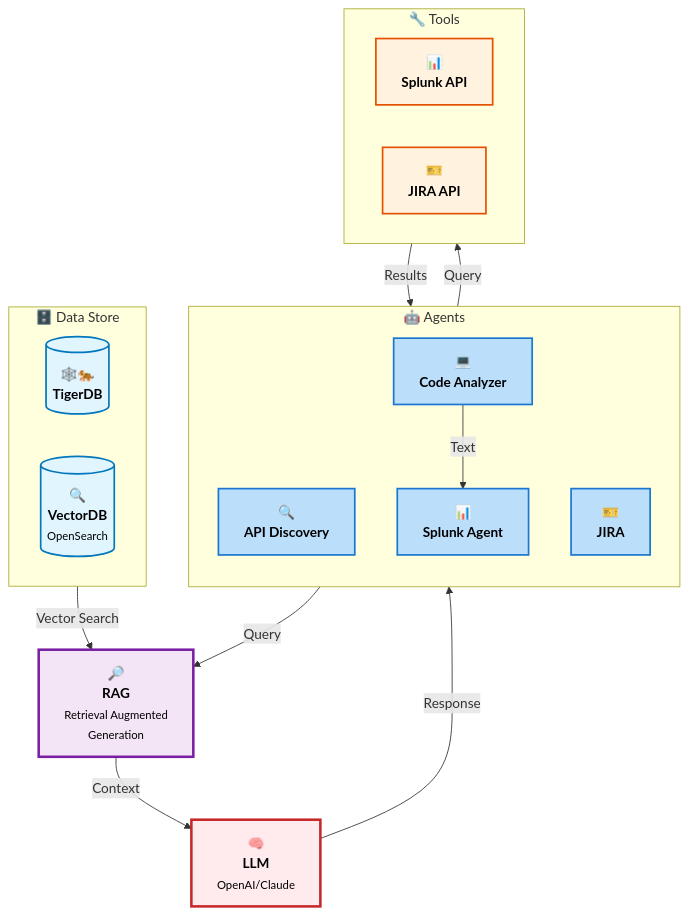
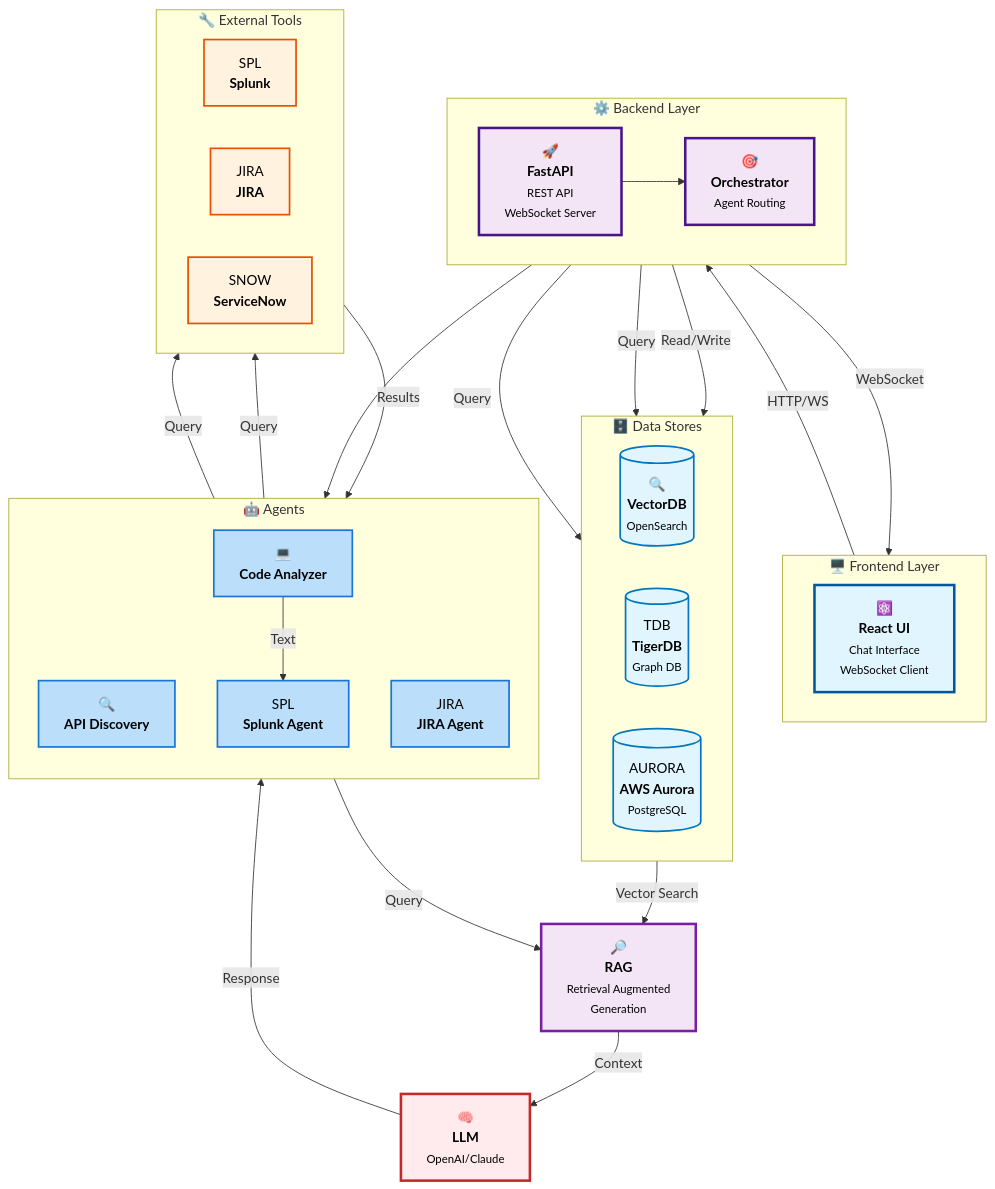
The first of 2 diagrams in etl_pipelines/README.md (magzine-ai/enterprise-chat-ui), drawn with Mermaid before and after one commit. The commit also changed other lines of this file, not shown here.

First line of the commit message:
Add UI, backend, and data persistence layers to architecture diagrams

````diff
--- a/etl_pipelines/README.md
+++ b/etl_pipelines/README.md
@@ -59,26 +59,41 @@
 ```mermaid
 flowchart TB
+    %% UI Layer
+    subgraph UILayer["🖥️ Frontend Layer"]
+        direction LR
+        ReactUI[⚛️<br/><b>React UI</b><br/><small>Chat Interface<br/>WebSocket Client</small>]
+    end
+    
+    %% Backend Layer
+    subgraph BackendLayer["⚙️ Backend Layer"]
+        direction LR
+        FastAPI[🚀<br/><b>FastAPI</b><br/><small>REST API<br/>WebSocket Server</small>]
+        Orchestrator[🎯<br/><b>Orchestrator</b><br/><small>Agent Routing</small>]
+    end
+    
     %% Agents Container
     subgraph Agents["🤖 Agents"]
         direction TB
         APIDiscovery[🔍<br/><b>API Discovery</b>]
-        SplunkAgent[📊<br/><b>Splunk Agent</b>]
+        SplunkAgent[SPL<br/><b>Splunk Agent</b>]
         CodeAnalyzer[💻<br/><b>Code Analyzer</b>]
-        JIRAAgent[🎫<br/><b>JIRA</b>]
+        JIRAAgent[JIRA<br/><b>JIRA Agent</b>]
     end
     
     %% Data Store Container
-    subgraph DataStore["🗄️ Data Store"]
+    subgraph DataStore["🗄️ Data Stores"]
         direction LR
-        TigerDB[(🕸️🐅<br/><b>TigerDB</b>)]
         VectorDB[(🔍<br/><b>VectorDB</b><br/><small>OpenSearch</small>)]
+        TigerDB[(TDB<br/><b>TigerDB</b><br/><small>Graph DB</small>)]
+        Aurora[(AURORA<br/><b>AWS Aurora</b><br/><small>PostgreSQL</small>)]
     end
     
     %% Tools Container
-    subgraph Tools["🔧 Tools"]
+    subgraph Tools["🔧 External Tools"]
         direction LR
-        SplunkAPITool[📊<br/><b>Splunk API</b>]
-        JIRATool[🎫<br/><b>JIRA API</b>]
+        SplunkTool[SPL<br/><b>Splunk</b>]
+        JIRATool[JIRA<br/><b>JIRA</b>]
+        SNOWTool[SNOW<br/><b>ServiceNow</b>]
     end
     
     %% RAG Component
@@ -87,25 +102,47 @@
     %% LLM Component
     LLM[🧠<br/><b>LLM</b><br/><small>OpenAI/Claude</small>]
     
+    %% UI to Backend
+    ReactUI -->|HTTP/WS| FastAPI
+    FastAPI -->|WebSocket| ReactUI
+    
+    %% Backend to Orchestrator
+    FastAPI --> Orchestrator
+    
+    %% Orchestrator to Agents
+    Orchestrator --> Agents
+    
     %% Connections
     VectorDB -->|Vector Search| RAG
     SplunkAgent -->|Query| RAG
     RAG -->|Context| LLM
     LLM -->|Response| SplunkAgent
-    SplunkAgent -->|Query| SplunkAPITool
-    SplunkAPITool -->|Results| CodeAnalyzer
+    SplunkAgent -->|Query| SplunkTool
+    SplunkTool -->|Results| CodeAnalyzer
     CodeAnalyzer -->|Text| SplunkAgent
     
+    %% Backend to Data Stores
+    FastAPI -->|Read/Write| Aurora
+    Orchestrator -->|Query| VectorDB
+    Orchestrator -->|Query| TigerDB
+    
+    %% Agents to Tools
+    JIRAAgent -->|Query| JIRATool
+    
     %% Styling
+    classDef uiStyle fill:#E1F5FE,stroke:#01579B,stroke-width:3px,color:#000
+    classDef backendStyle fill:#F3E5F5,stroke:#4A148C,stroke-width:3px,color:#000
     classDef agentStyle fill:#BBDEFB,stroke:#1976D2,stroke-width:2px,color:#000
     classDef dataStoreStyle fill:#E1F5FE,stroke:#0277BD,stroke-width:2px,color:#000
     classDef toolStyle fill:#FFF3E0,stroke:#E65100,stroke-width:2px,color:#000
     classDef ragStyle fill:#F3E5F5,stroke:#7B1FA2,stroke-width:3px,color:#000
     classDef llmStyle fill:#FFEBEE,stroke:#C62828,stroke-width:3px,color:#000
     
+    class ReactUI uiStyle
+    class FastAPI,Orchestrator backendStyle
     class APIDiscovery,SplunkAgent,CodeAnalyzer,JIRAAgent agentStyle
-    class TigerDB,VectorDB dataStoreStyle
-    class SplunkAPITool,JIRATool toolStyle
+    class TigerDB,VectorDB,Aurora dataStoreStyle
+    class SplunkTool,JIRATool,SNOWTool toolStyle
     class RAG ragStyle
     class LLM llmStyle
 ```
````
